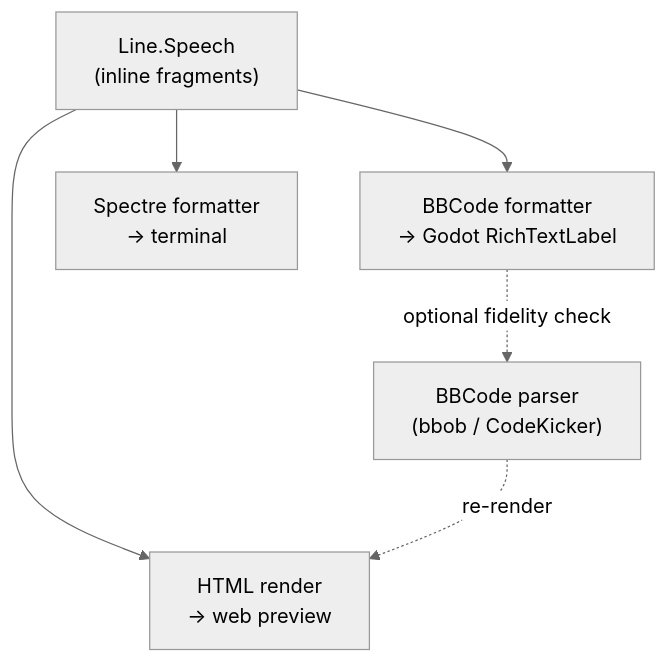
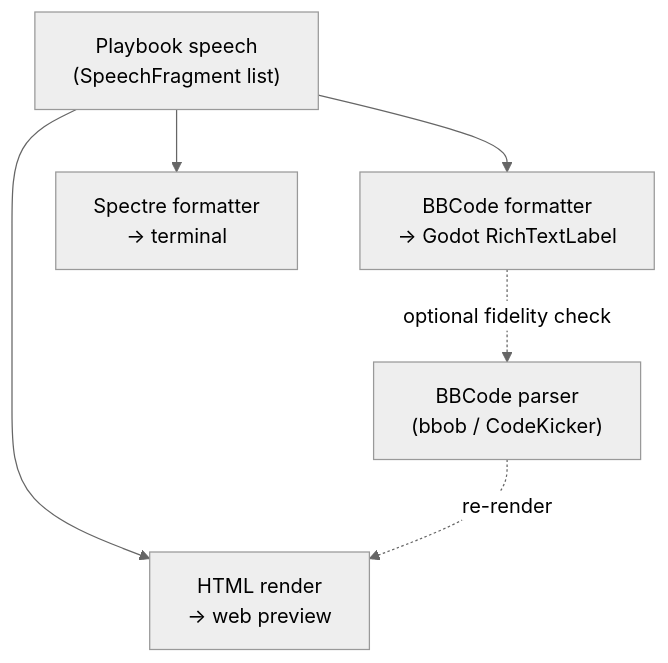
Before and after one commit to pengzhengyi/dialoguedown: the diagram in docs/contributing/design-notes/other/BBCode Rendering.md, drawn with Mermaid (neutral theme). The commit also changed other lines of this file and 124 other files, not shown here.

````diff
--- a/docs/contributing/design-notes/other/BBCode Rendering.md
+++ b/docs/contributing/design-notes/other/BBCode Rendering.md
@@ -66,9 +62,9 @@
 ```mermaid
 flowchart TB
-    AST["Line.Speech<br/>(inline fragments)"]
+    AST["Playbook speech<br/>(SpeechFragment list)"]
     AST --> BB["BBCode formatter<br/>→ Godot RichTextLabel"]
     AST --> SP["Spectre formatter<br/>→ terminal"]
     AST --> HT["HTML render<br/>→ web preview"]
     BB -. "optional fidelity check" .-> PARSE["BBCode parser<br/>(bbob / CodeKicker)"]
     PARSE -. re-render .-> HT
 ```
````
